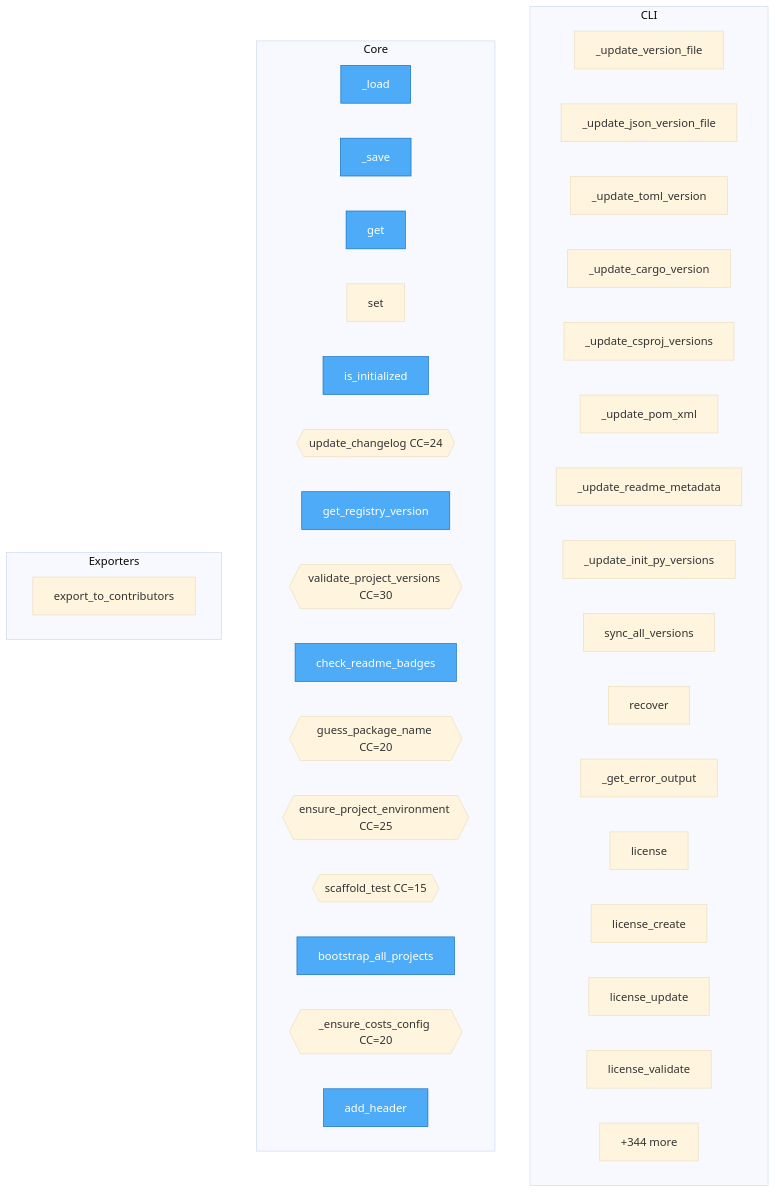
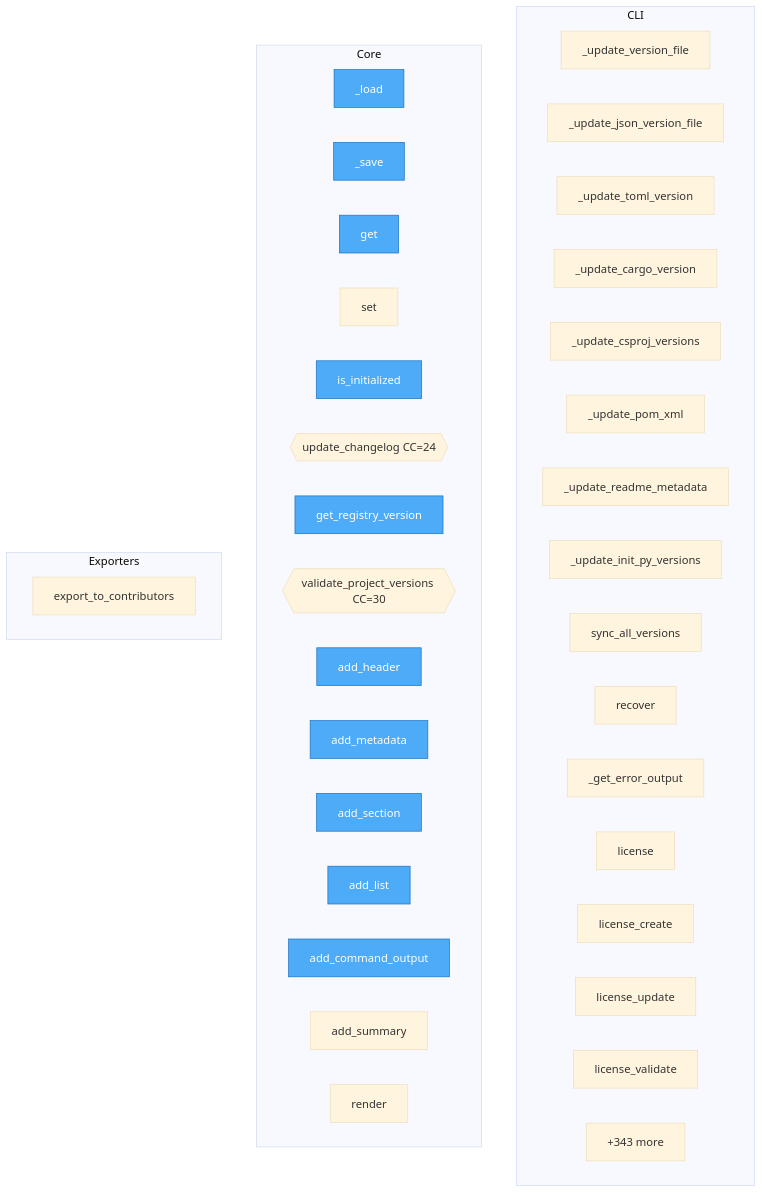
Before and after one commit to wronai/goal: the diagram in project/flow.mmd, drawn with Mermaid (base theme). The commit also changed 27 other files, not shown here.

```diff
--- a/project/flow.mmd
+++ b/project/flow.mmd
@@ -1,48 +1,48 @@
 flowchart TD
 
     %% Entry points (blue)
     classDef entry fill:#4dabf7,stroke:#1971c2,color:#fff
 
     subgraph CLI
         goal__cli__version_sync___update_version_file["_update_version_file"]
         goal__cli__version_sync___update_json_version_file["_update_json_version_file"]
         goal__cli__version_sync___update_toml_version["_update_toml_version"]
         goal__cli__version_sync___update_cargo_version["_update_cargo_version"]
         goal__cli__version_sync___update_csproj_versions["_update_csproj_versions"]
         goal__cli__version_sync___update_pom_xml["_update_pom_xml"]
         goal__cli__version_sync___update_readme_metadata["_update_readme_metadata"]
         goal__cli__version_sync___update_init_py_versions["_update_init_py_versions"]
         goal__cli__version_sync__sync_all_versions["sync_all_versions"]
         goal__cli__recover_cmd__recover["recover"]
         goal__cli__recover_cmd___get_error_output["_get_error_output"]
         goal__cli__license_cmd__license["license"]
         goal__cli__license_cmd__license_create["license_create"]
         goal__cli__license_cmd__license_update["license_update"]
         goal__cli__license_cmd__license_validate["license_validate"]
         ...["+80 more"]
     end
 
     subgraph Core
         goal__user_config__UserConfig___load["_load"]
         goal__user_config__UserConfig___save["_save"]
         goal__user_config__UserConfig__get["get"]
         goal__user_config__UserConfig__set["set"]
         goal__user_config__UserConfig__is_initialized["is_initialized"]
         goal__changelog__update_changelog{{update_changelog CC=24}}
         goal__version_validation__get_registry_version["get_registry_version"]
         goal__version_validation__validate_project_versions{{validate_project_versions CC=30}}
-        goal__version_validation__check_readme_badges["check_readme_badges"]
-        goal__project_bootstrap__guess_package_name{{guess_package_name CC=20}}
-        goal__project_bootstrap__ensure_project_environment{{ensure_project_environment CC=25}}
-        goal__project_bootstrap__scaffold_test{{scaffold_test CC=15}}
-        goal__project_bootstrap__bootstrap_all_projects["bootstrap_all_projects"]
-        goal__project_bootstrap___ensure_costs_config{{_ensure_costs_config CC=20}}
         goal__formatter__MarkdownFormatter__add_header["add_header"]
-        ...["+344 more"]
+        goal__formatter__MarkdownFormatter__add_metadata["add_metadata"]
+        goal__formatter__MarkdownFormatter__add_section["add_section"]
+        goal__formatter__MarkdownFormatter__add_list["add_list"]
+        goal__formatter__MarkdownFormatter__add_command_output["add_command_output"]
+        goal__formatter__MarkdownFormatter__add_summary["add_summary"]
+        goal__formatter__MarkdownFormatter__render["render"]
+        ...["+343 more"]
     end
 
     subgraph Exporters
         goal__authors__manager__AuthorsManager__export_to_contributors["export_to_contributors"]
     end
 
-    class goal__user_config__UserConfig___load,goal__user_config__UserConfig___save,goal__user_config__UserConfig__get,goal__user_config__UserConfig__is_initialized,goal__version_validation__get_registry_version,goal__version_validation__check_readme_badges,goal__project_bootstrap__bootstrap_all_projects,goal__formatter__MarkdownFormatter__add_header,goal__formatter__MarkdownFormatter__add_metadata,goal__formatter__MarkdownFormatter__add_section entry
+    class goal__user_config__UserConfig___load,goal__user_config__UserConfig___save,goal__user_config__UserConfig__get,goal__user_config__UserConfig__is_initialized,goal__version_validation__get_registry_version,goal__formatter__MarkdownFormatter__add_header,goal__formatter__MarkdownFormatter__add_metadata,goal__formatter__MarkdownFormatter__add_section,goal__formatter__MarkdownFormatter__add_list,goal__formatter__MarkdownFormatter__add_command_output entry
```
